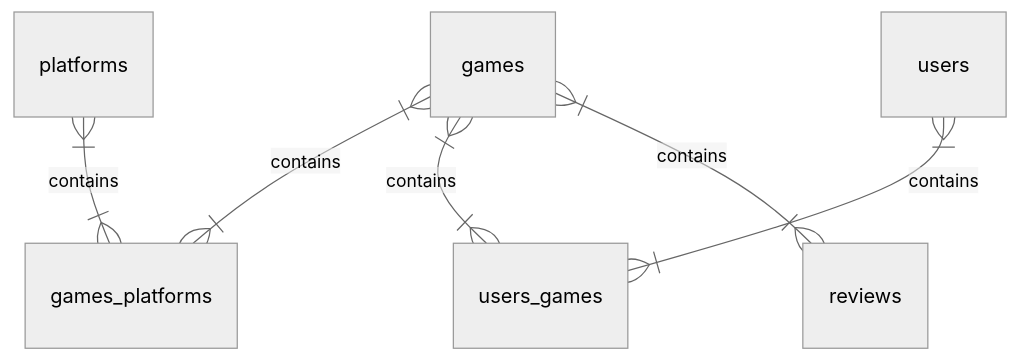
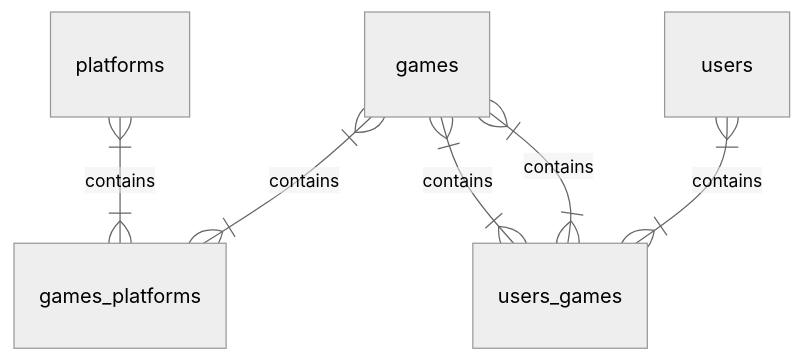
The first of 2 diagrams in README.md (Haikira/VGLogger), drawn with Mermaid (neutral theme) before and after one commit.

````diff
--- a/README.md
+++ b/README.md
@@ -28,9 +28,9 @@
 ``` mermaid
 erDiagram
 
         games }|--|{ games_platforms : "contains"
         platforms }|--|{ games_platforms : "contains"
         games }|--|{ users_games : "contains"
         users}|--|{ users_games : "contains"
-        games }|--|{ reviews : "contains"
+        games }|--|{ users_games : "contains"
 ```
````
